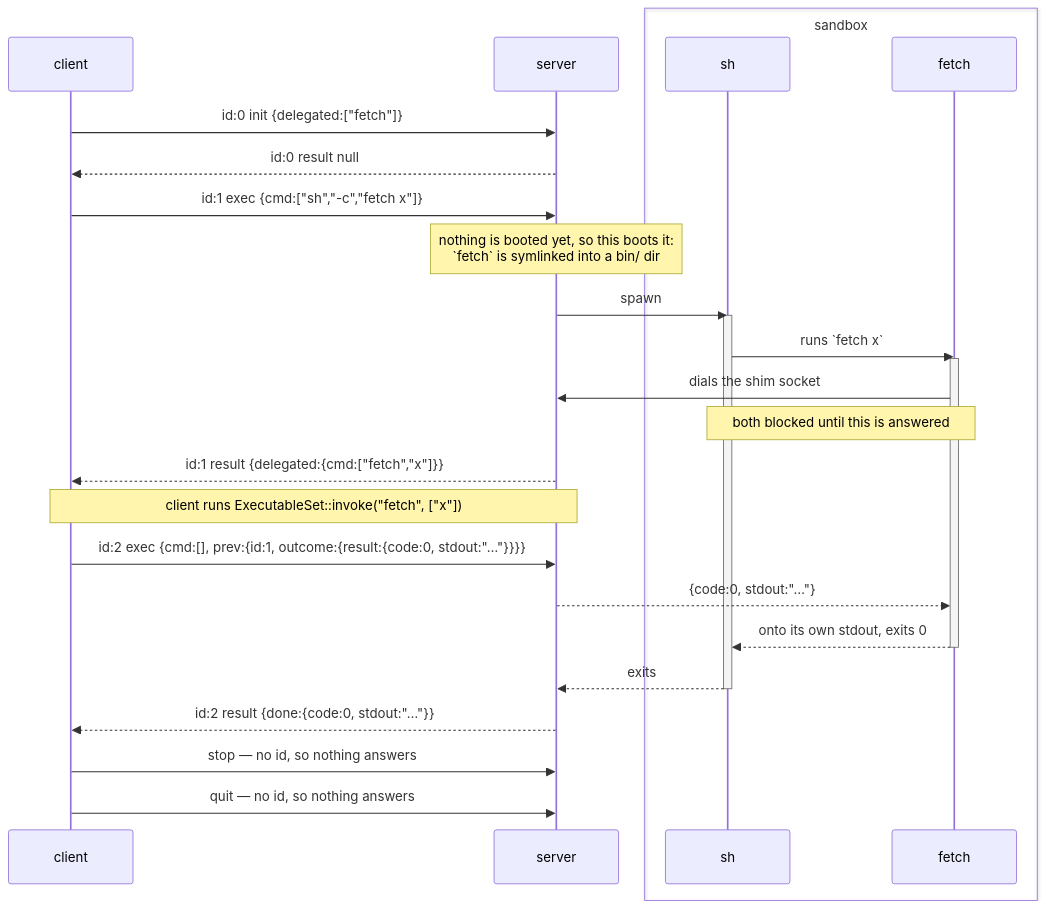
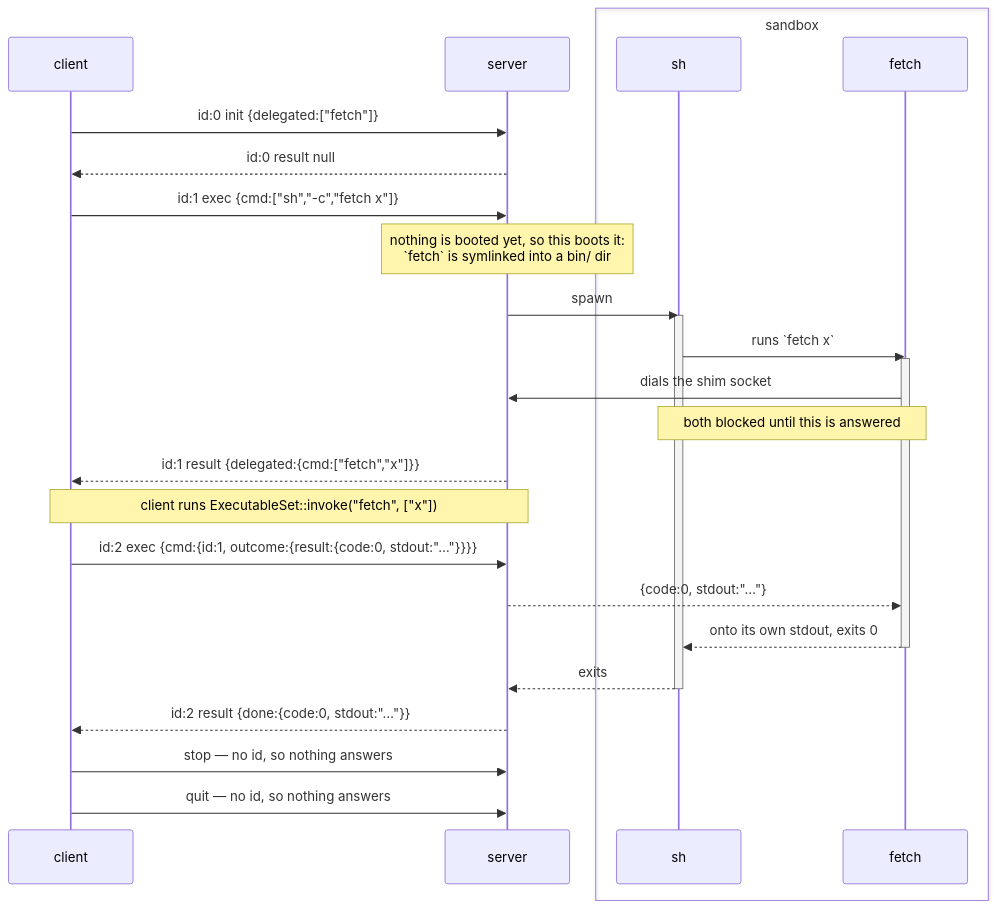
The first of 2 diagrams in cortex/src/console/ARCHITECTURE.md (brekkylab/cortex), drawn with Mermaid before and after one commit. The commit also changed other lines of this file and 43 other files, not shown here.

````diff
--- a/cortex/src/console/ARCHITECTURE.md
+++ b/cortex/src/console/ARCHITECTURE.md
@@ -413,33 +475,33 @@
 ```mermaid
 sequenceDiagram
     participant client
     participant server
     box transparent sandbox
         participant sh
         participant shim as fetch
     end
 
     client->>server: id:0 init {delegated:["fetch"]}
     server-->>client: id:0 result null
 
     client->>server: id:1 exec {cmd:["sh","-c","fetch x"]}
     Note over server: nothing is booted yet, so this boots it:<br/>`fetch` is symlinked into a bin/ dir
     server->>sh: spawn
     activate sh
     sh->>shim: runs `fetch x`
     activate shim
     shim->>server: dials the shim socket
     Note over sh,shim: both blocked until this is answered
     server-->>client: id:1 result {delegated:{cmd:["fetch","x"]}}
     Note over client,server: client runs ExecutableSet::invoke("fetch", ["x"])
-    client->>server: id:2 exec {cmd:[], prev:{id:1, outcome:{result:{code:0, stdout:"…"}}}}
+    client->>server: id:2 exec {cmd:{id:1, outcome:{result:{code:0, stdout:"…"}}}}
     server-->>shim: {code:0, stdout:"…"}
     shim-->>sh: onto its own stdout, exits 0
     deactivate shim
     sh-->>server: exits
     deactivate sh
     server-->>client: id:2 result {done:{code:0, stdout:"…"}}
 
     client->>server: stop — no id, so nothing answers
     client->>server: quit — no id, so nothing answers
 ```
````
